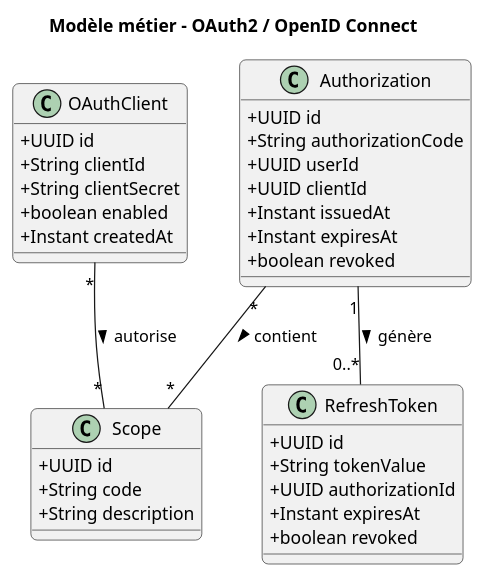
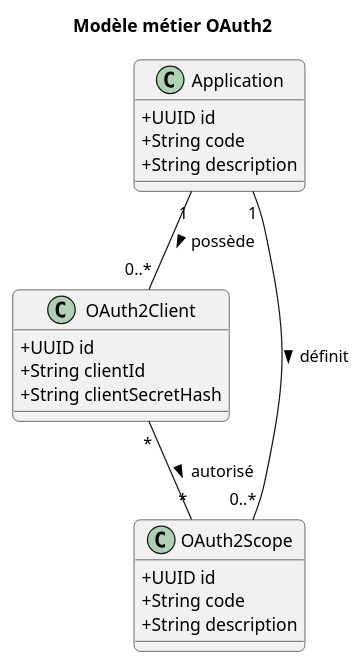
The diagram in docs/diagrams/domain/oauth-domain.puml (ThibaultCGI/auth-server), drawn with PlantUML before and after one commit. The commit also changed 340 other files, not shown here.

```diff
--- a/docs/diagrams/domain/oauth-domain.puml
+++ b/docs/diagrams/domain/oauth-domain.puml
@@ -1,44 +1,31 @@
 @startuml
-title Modèle métier - OAuth2 / OpenID Connect
+title Modèle métier OAuth2
 
 skinparam classAttributeIconSize 0
 skinparam shadowing false
 skinparam roundcorner 10
 
-class OAuthClient {
-    +UUID id
-    +String clientId
-    +String clientSecret
-    +boolean enabled
-    +Instant createdAt
-}
-
-class Scope {
+class Application {
     +UUID id
     +String code
     +String description
 }
 
-class Authorization {
+class OAuth2Client {
     +UUID id
-    +String authorizationCode
-    +UUID userId
-    +UUID clientId
-    +Instant issuedAt
-    +Instant expiresAt
-    +boolean revoked
+    +String clientId
+    +String clientSecretHash
 }
 
-class RefreshToken {
+class OAuth2Scope {
     +UUID id
-    +String tokenValue
-    +UUID authorizationId
-    +Instant expiresAt
-    +boolean revoked
+    +String code
+    +String description
 }
 
-OAuthClient "*" -- "*" Scope : autorise >
-Authorization "*" -- "*" Scope : contient >
-Authorization "1" -- "0..*" RefreshToken : génère >
+Application "1" -- "0..*" OAuth2Client : possède >
+Application "1" -- "0..*" OAuth2Scope : définit >
+
+OAuth2Client "*" -- "*" OAuth2Scope : autorisé >
 
 @enduml
```
